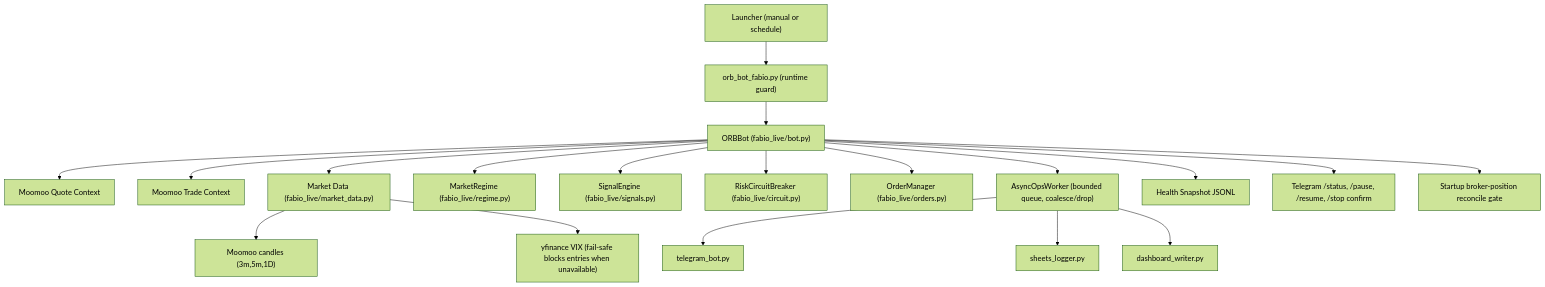
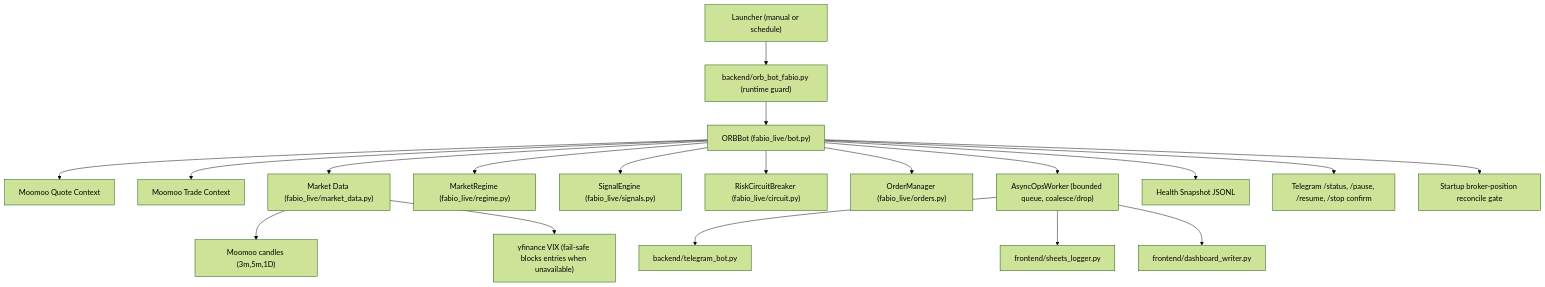
One commit to connectwithclayton-cpu/ORBit-BOT changed the first of 2 diagrams in ARCHITECTURE.md. Above: the diagram before and after it, drawn with Mermaid (forest theme). The commit also changed 109 other files, not shown here.

Commit message:
Reorganize Fabio_bot (backend/frontend/portal), move EOD failsafe into Fabio_bot, ORBit-ready CI under Fabio_bot/.github

````diff
--- a/ARCHITECTURE.md
+++ b/ARCHITECTURE.md
@@ -9,26 +9,26 @@
 ```mermaid
 flowchart TD
-    Scheduler["Launcher (manual or schedule)"] --> Entrypoint["orb_bot_fabio.py (runtime guard)"]
+    Scheduler["Launcher (manual or schedule)"] --> Entrypoint["backend/orb_bot_fabio.py (runtime guard)"]
     Entrypoint --> Bot["ORBBot (fabio_live/bot.py)"]
 
     Bot --> QuoteCtx["Moomoo Quote Context"]
     Bot --> TradeCtx["Moomoo Trade Context"]
 
     Bot --> MarketData["Market Data (fabio_live/market_data.py)"]
     MarketData --> MoomooBars["Moomoo candles (3m,5m,1D)"]
     MarketData --> VixFeed["yfinance VIX (fail-safe blocks entries when unavailable)"]
 
     Bot --> Regime["MarketRegime (fabio_live/regime.py)"]
     Bot --> Signals["SignalEngine (fabio_live/signals.py)"]
     Bot --> Circuit["RiskCircuitBreaker (fabio_live/circuit.py)"]
     Bot --> Orders["OrderManager (fabio_live/orders.py)"]
 
     Bot --> AsyncOps["AsyncOpsWorker (bounded queue, coalesce/drop)"]
-    AsyncOps --> Telegram["telegram_bot.py"]
-    AsyncOps --> Sheets["sheets_logger.py"]
-    AsyncOps --> Dashboard["dashboard_writer.py"]
+    AsyncOps --> Telegram["backend/telegram_bot.py"]
+    AsyncOps --> Sheets["frontend/sheets_logger.py"]
+    AsyncOps --> Dashboard["frontend/dashboard_writer.py"]
 
     Bot --> HealthSnap["Health Snapshot JSONL"]
     Bot --> StatusCmd["Telegram /status, /pause, /resume, /stop confirm"]
     Bot --> Reconcile["Startup broker-position reconcile gate"]
 ```
````
